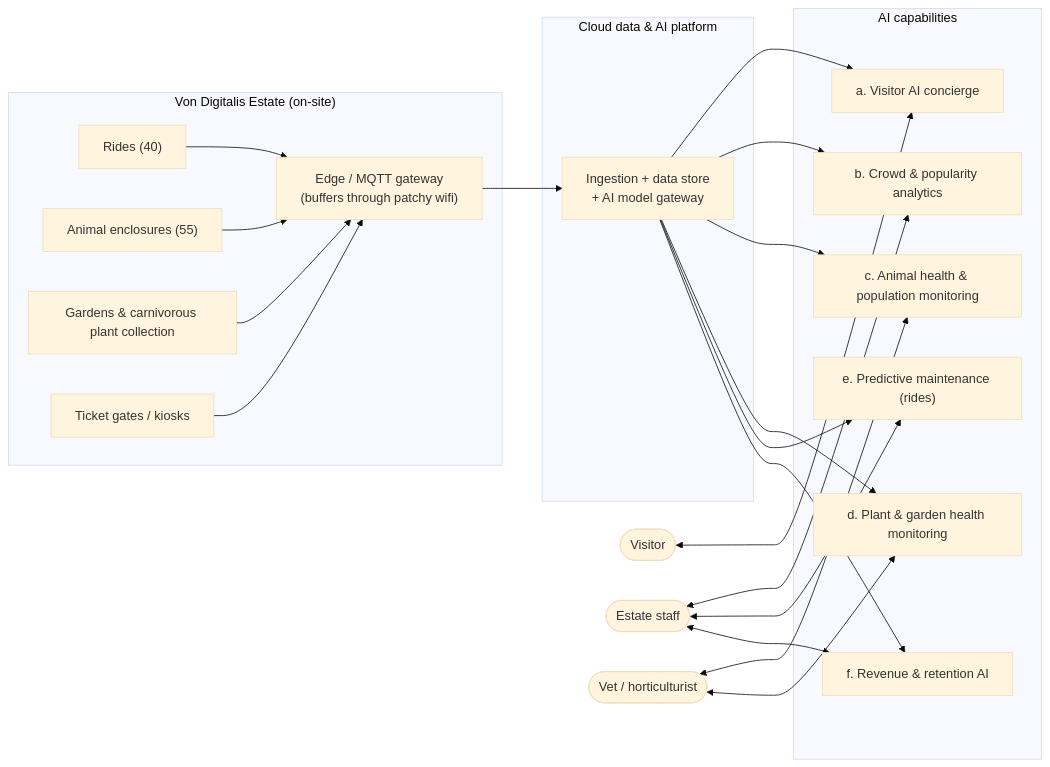
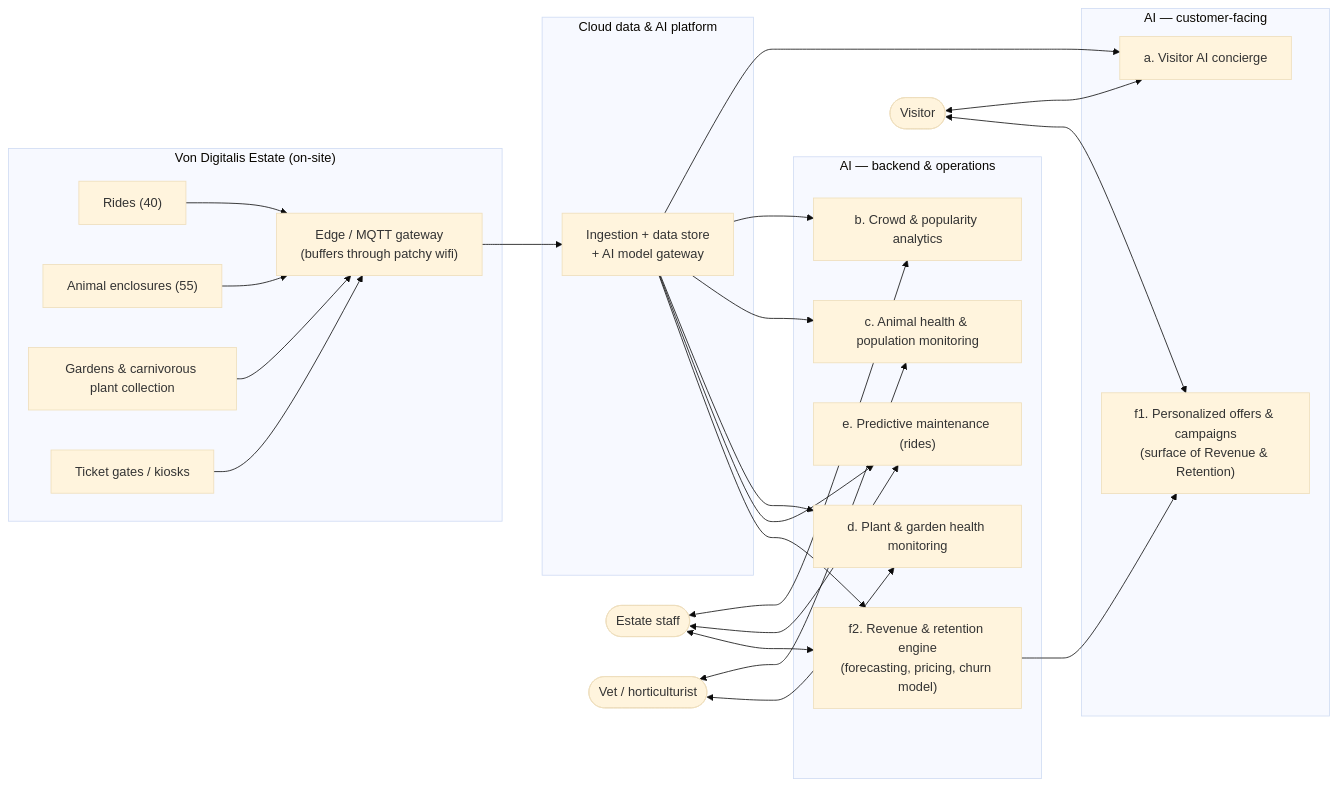
One commit to alashti/stormrider-arch-katas changed the diagram in docs/diagrams/system-overview.md. Above: the diagram before and after it, drawn with Mermaid (base theme). The commit also changed other lines of this file and 1 other file, not shown here.

````diff
--- a/docs/diagrams/system-overview.md
+++ b/docs/diagrams/system-overview.md
@@ -7,46 +7,52 @@
 ```mermaid
 flowchart LR
     subgraph Estate["Von Digitalis Estate (on-site)"]
         Rides["Rides (40)"]
         Animals["Animal enclosures (55)"]
         Gardens["Gardens & carnivorous plant collection"]
         Gates["Ticket gates / kiosks"]
         Edge["Edge / MQTT gateway\n(buffers through patchy wifi)"]
         Rides --> Edge
         Animals --> Edge
         Gardens --> Edge
         Gates --> Edge
     end
 
     subgraph Cloud["Cloud data & AI platform"]
         Platform["Ingestion + data store\n+ AI model gateway"]
     end
 
-    subgraph AI["AI capabilities"]
+    subgraph AICustomer["AI — customer-facing"]
         Concierge["a. Visitor AI concierge"]
+        Offers["f1. Personalized offers & campaigns\n(surface of Revenue & Retention)"]
+    end
+
+    subgraph AIBackend["AI — backend & operations"]
         Crowd["b. Crowd & popularity analytics"]
         AnimalHealth["c. Animal health & population monitoring"]
         PlantHealth["d. Plant & garden health monitoring"]
         Maintenance["e. Predictive maintenance (rides)"]
-        Revenue["f. Revenue & retention AI"]
+        RevenueEngine["f2. Revenue & retention engine\n(forecasting, pricing, churn model)"]
     end
 
     Visitor(["Visitor"])
     Staff(["Estate staff"])
     Vet(["Vet / horticulturist"])
 
     Edge --> Platform
     Platform --> Concierge
     Platform --> Crowd
     Platform --> AnimalHealth
     Platform --> PlantHealth
     Platform --> Maintenance
-    Platform --> Revenue
+    Platform --> RevenueEngine
+    RevenueEngine --> Offers
 
     Visitor <--> Concierge
+    Visitor <--> Offers
     Staff <--> Crowd
     Staff <--> Maintenance
     Vet <--> AnimalHealth
     Vet <--> PlantHealth
-    Staff <--> Revenue
+    Staff <--> RevenueEngine
 ```
````
